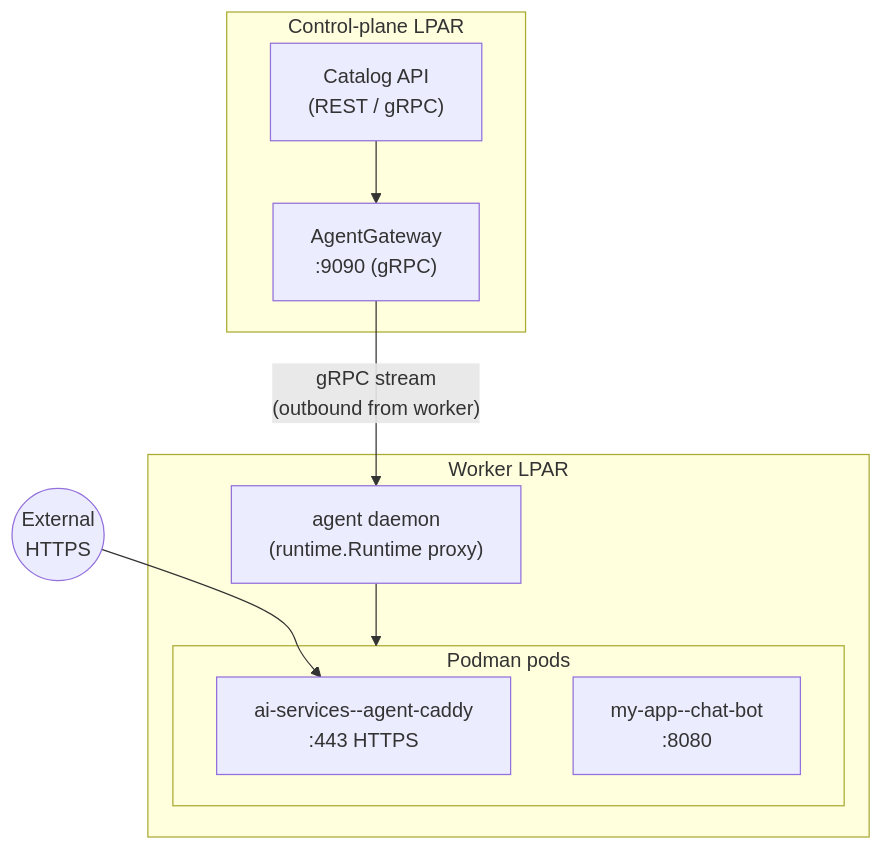
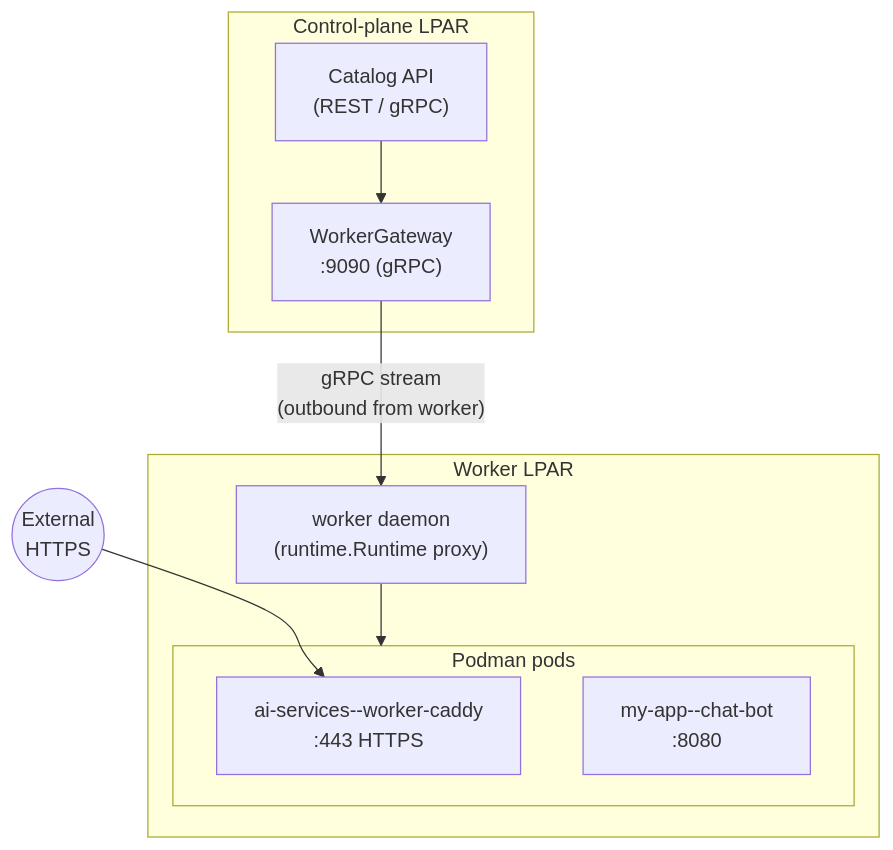
Before and after one commit to IBM/project-ai-services: the first of 5 diagrams in docs/proposals/catalog/remote-worker-agent-proposal.md, drawn with Mermaid. The commit also changed other lines of this file, not shown here.

Commit message:
Change from agent configure/start to worker join

````diff
--- a/docs/proposals/catalog/remote-worker-agent-proposal.md
+++ b/docs/proposals/catalog/remote-worker-agent-proposal.md
@@ -68,20 +68,20 @@
 ```mermaid
 graph TB
     subgraph CP["Control-plane LPAR"]
         API["Catalog API\n(REST / gRPC)"]
-        GW["AgentGateway\n:9090 (gRPC)"]
+        GW["WorkerGateway\n:9090 (gRPC)"]
         API --> GW
     end
 
     subgraph WK["Worker LPAR"]
-        DAEMON["agent daemon\n(runtime.Runtime proxy)"]
+        DAEMON["worker daemon\n(runtime.Runtime proxy)"]
         subgraph PODS["Podman pods"]
-            CADDY["ai-services--agent-caddy\n:443 HTTPS"]
+            CADDY["ai-services--worker-caddy\n:443 HTTPS"]
             APP["my-app--chat-bot\n:8080"]
         end
         DAEMON --> PODS
     end
 
     GW -- "gRPC stream\n(outbound from worker)" --> DAEMON
     EXTERNAL(("External\nHTTPS")) --> CADDY
 ```
````
